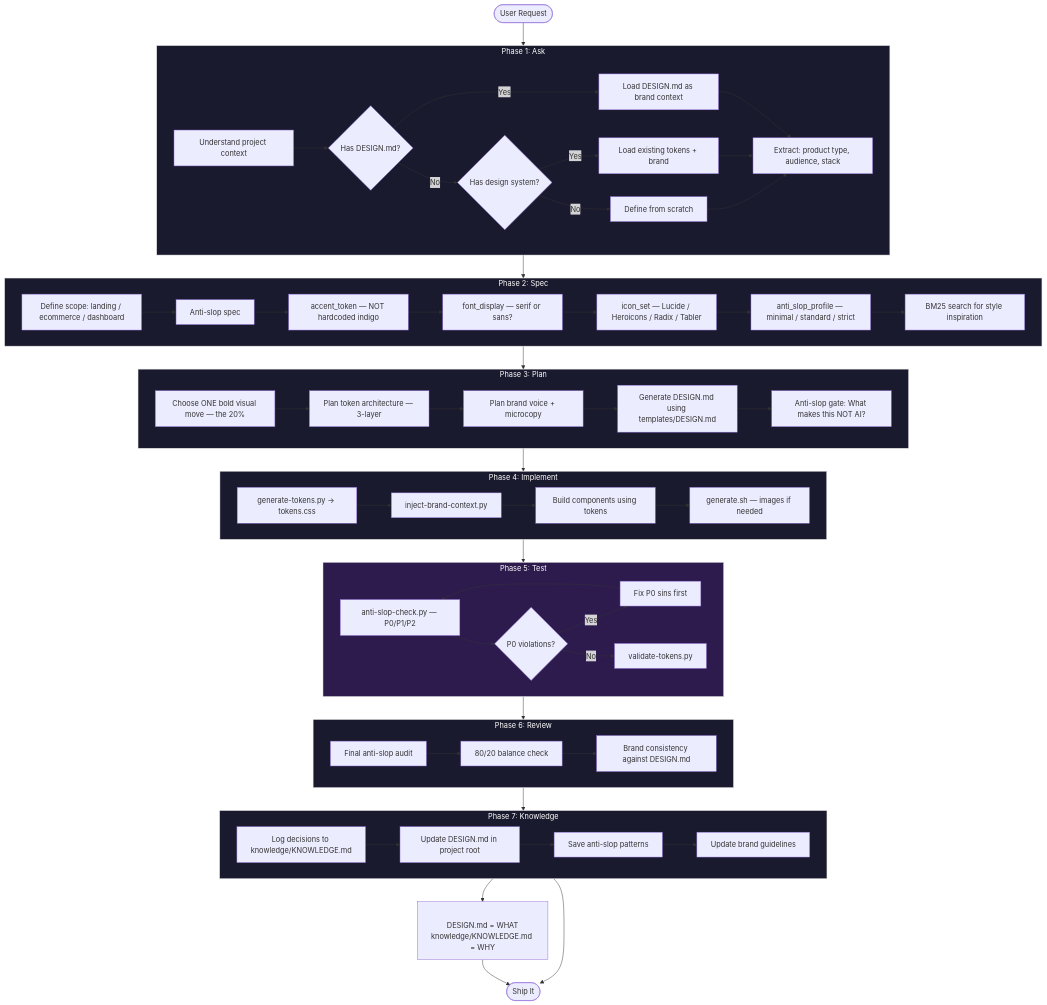
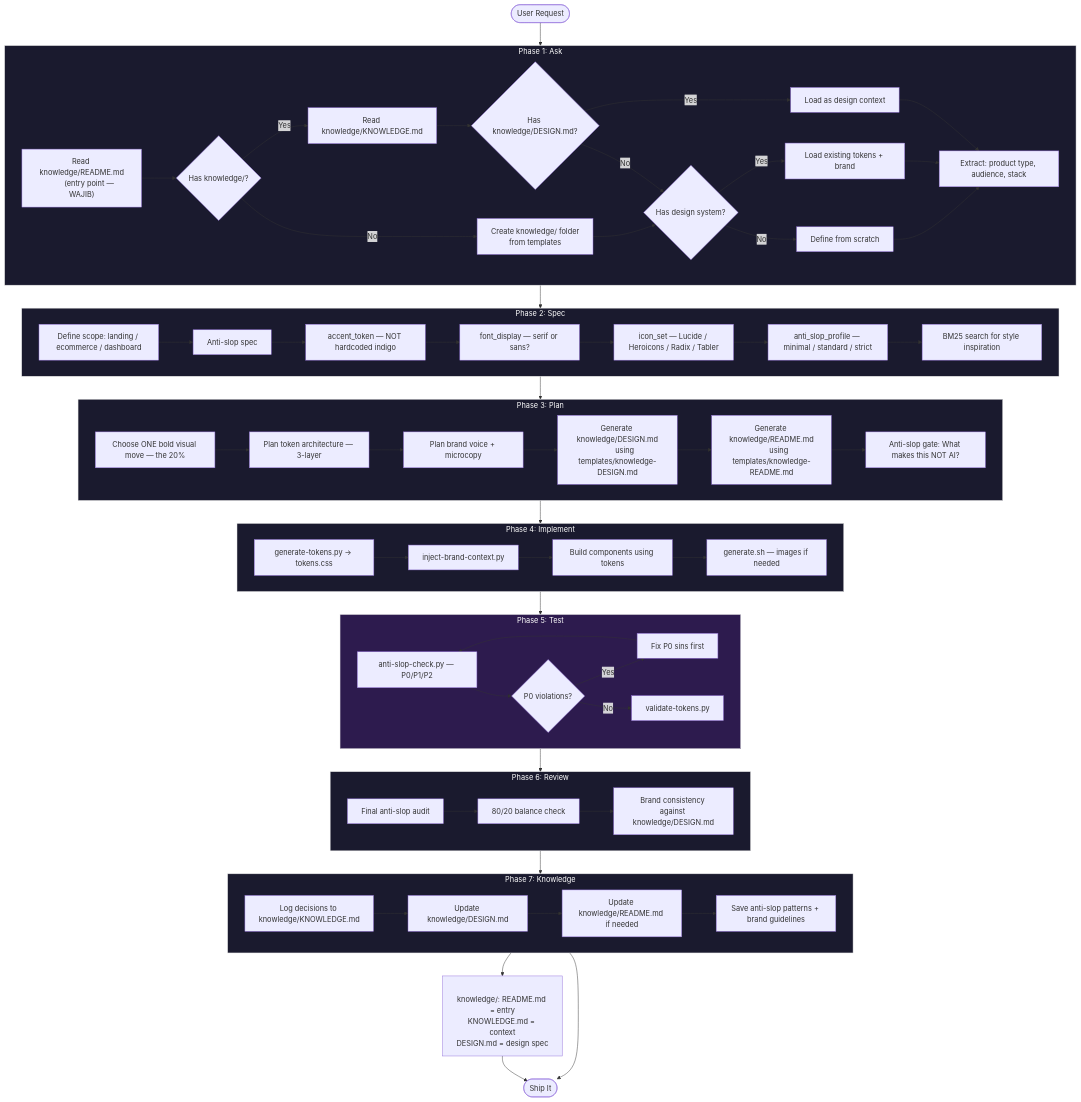
The first of 3 diagrams in README.md (ardith666/uiux-methodology), drawn with Mermaid before and after one commit. The commit also changed other lines of this file and 3 other files, not shown here.

First line of the commit message:
feat: konsolidasi knowledge/ — entry point + aturan baca

```diff
--- a/README.md
+++ b/README.md
@@ -173,12 +173,18 @@
     START([User Request]) --> ASK
 
     subgraph ASK["Phase 1: Ask"]
-        A1[Understand project context] --> BD{Has DESIGN.md?}
-        BD -->|Yes| BD_LOAD[Load DESIGN.md as brand context]
-        BD -->|No| A2{Has design system?}
-        A2 -->|Yes| A3[Load existing tokens + brand]
-        A2 -->|No| A4[Define from scratch]
-        BD_LOAD --> A5[Extract: product type, audience, stack]
+        README["Read knowledge/README.md
+        (entry point — WAJIB)"] --> BD{Has knowledge/?}
+        BD -->|Yes| CKNOW[Read knowledge/KNOWLEDGE.md]
+        CKNOW --> CDS{Has knowledge/DESIGN.md?}
+        BD -->|No| CREATE[Create knowledge/ folder
+        from templates]
+        CREATE --> CDS2{Has design system?}
+        CDS -->|Yes| LOAD_DS[Load as design context]
+        CDS -->|No| CDS2
+        CDS2 -->|Yes| A3[Load existing tokens + brand]
+        CDS2 -->|No| A4[Define from scratch]
+        LOAD_DS --> A5[Extract: product type, audience, stack]
         A3 --> A5
         A4 --> A5
     end
@@ -199,8 +205,11 @@
     subgraph PLAN["Phase 3: Plan"]
         P1[Choose ONE bold visual move — the 20%] --> P2[Plan token architecture — 3-layer]
         P2 --> P3[Plan brand voice + microcopy]
-        P3 --> P4[Generate DESIGN.md using templates/DESIGN.md]
-        P4 --> P5[Anti-slop gate: What makes this NOT AI?]
+        P3 --> P4[Generate knowledge/DESIGN.md
+        using templates/knowledge-DESIGN.md]
+        P4 --> P5[Generate knowledge/README.md
+        using templates/knowledge-README.md]
+        P5 --> P6[Anti-slop gate: What makes this NOT AI?]
     end
 
     PLAN --> IMPL
@@ -224,18 +233,18 @@
 
     subgraph REVIEW["Phase 6: Review"]
         R1[Final anti-slop audit] --> R2[80/20 balance check]
-        R2 --> R3[Brand consistency against DESIGN.md]
+        R2 --> R3[Brand consistency against knowledge/DESIGN.md]
     end
 
     REVIEW --> KNOW
 
     subgraph KNOW["Phase 7: Knowledge"]
-        K1[Log decisions to knowledge/KNOWLEDGE.md] --> K2[Update DESIGN.md in project root]
-        K2 --> K3[Save anti-slop patterns]
-        K3 --> K4[Update brand guidelines]
+        K1[Log decisions to knowledge/KNOWLEDGE.md] --> K2[Update knowledge/DESIGN.md]
+        K2 --> K3[Update knowledge/README.md if needed]
+        K3 --> K4[Save anti-slop patterns + brand guidelines]
     end
 
-    DONE2["\nDESIGN.md = WHAT\nknowledge/KNOWLEDGE.md = WHY"]
+    DONE2["\nknowledge/: README.md = entry\nKNOWLEDGE.md = context\nDESIGN.md = design spec"]
     KNOW --> DONE2 --> DONE
 
     KNOW --> DONE([Ship It])
```
